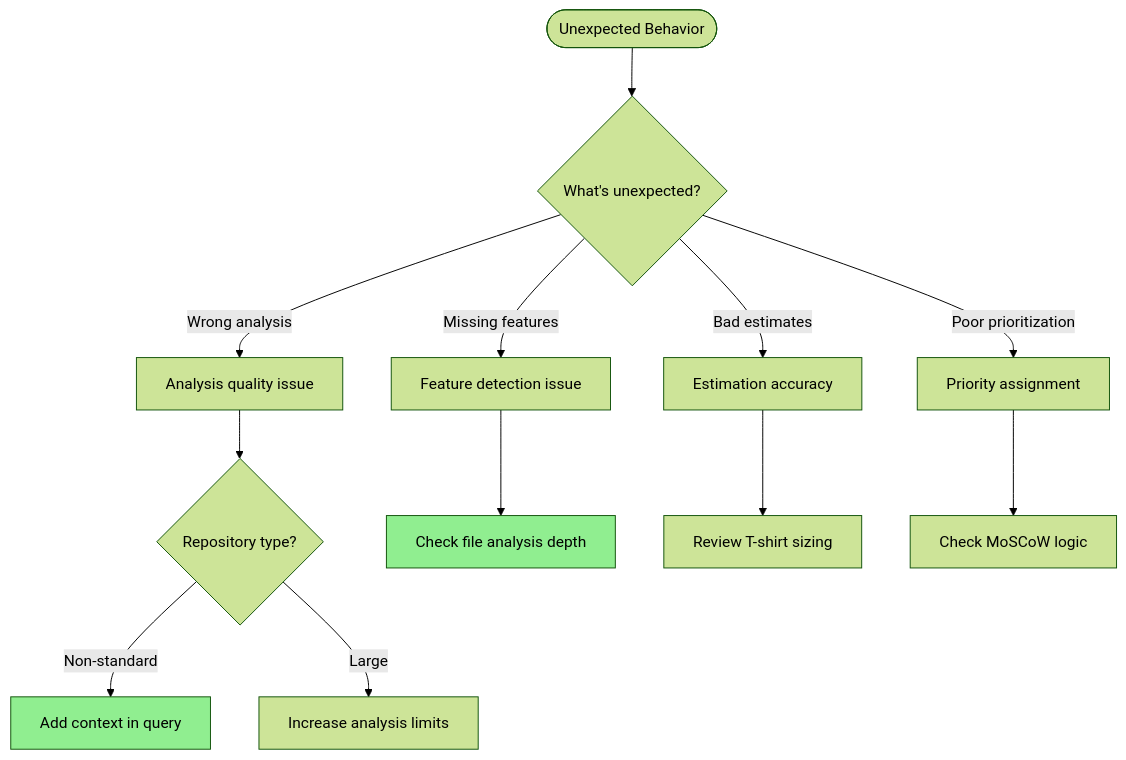
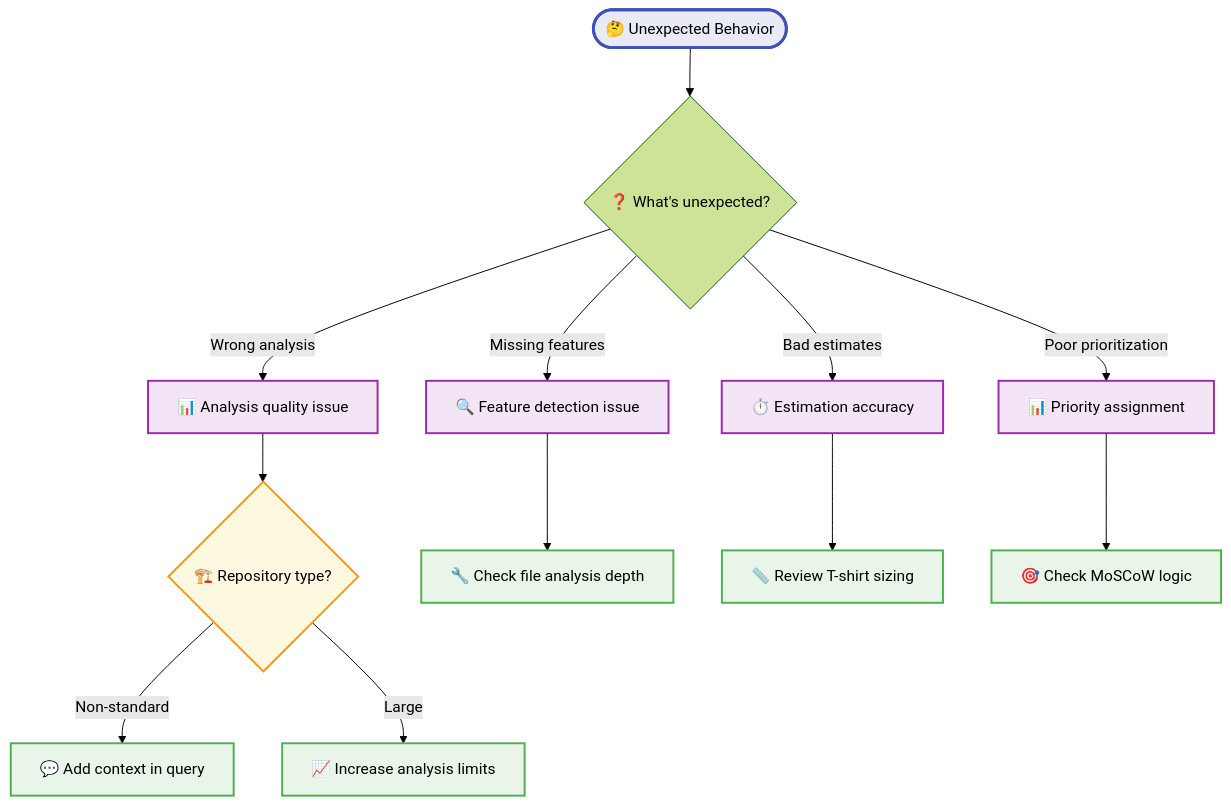
One commit to larp0/uwularpy changed the tenth of 10 diagrams in AT_L_PLAN_TROUBLESHOOTING_FLOWCHART.md. Above: the diagram before and after it, drawn with Mermaid (forest theme). The commit also changed other lines of this file and 1 other file, not shown here.

Commit message:
Improve mermaid diagrams with enhanced styling, icons, and visual hierarchy

````diff
--- a/AT_L_PLAN_TROUBLESHOOTING_FLOWCHART.md
+++ b/AT_L_PLAN_TROUBLESHOOTING_FLOWCHART.md
@@ -360,20 +454,29 @@
 ```mermaid
 flowchart TD
-    BehaviorFlow([Unexpected Behavior]) --> B1{What's unexpected?}
+    BehaviorFlow([🤔 Unexpected Behavior]) --> B1{❓ What's unexpected?}
     
-    B1 -->|Wrong analysis| B2[Analysis quality issue]
-    B1 -->|Missing features| B3[Feature detection issue]
-    B1 -->|Bad estimates| B4[Estimation accuracy]
-    B1 -->|Poor prioritization| B5[Priority assignment]
+    B1 -->|Wrong analysis| B2[📊 Analysis quality issue]
+    B1 -->|Missing features| B3[🔍 Feature detection issue]
+    B1 -->|Bad estimates| B4[⏱️ Estimation accuracy]
+    B1 -->|Poor prioritization| B5[📊 Priority assignment]
     
-    B2 --> B2Check{Repository type?}
-    B3 --> B3Fix[Check file analysis depth]
-    B4 --> B4Fix[Review T-shirt sizing]
-    B5 --> B5Fix[Check MoSCoW logic]
+    B2 --> B2Check{🏗️ Repository type?}
+    B3 --> B3Fix[🔧 Check file analysis depth]
+    B4 --> B4Fix[📏 Review T-shirt sizing]
+    B5 --> B5Fix[🎯 Check MoSCoW logic]
     
-    B2Check -->|Non-standard| B2Fix1[Add context in query]
-    B2Check -->|Large| B2Fix2[Increase analysis limits]
+    B2Check -->|Non-standard| B2Fix1[💬 Add context in query]
+    B2Check -->|Large| B2Fix2[📈 Increase analysis limits]
     
-    style B2Fix1 fill:#90EE90
-    style B3Fix fill:#90EE90
+    %% Professional color scheme for behavioral analysis
+    classDef startNode fill:#e8eaf6,stroke:#3f51b5,stroke-width:3px,color:#000
+    classDef behaviorNode fill:#f3e5f5,stroke:#9c27b0,stroke-width:2px,color:#000
+    classDef fixNode fill:#e8f5e8,stroke:#4caf50,stroke-width:2px,color:#000
+    classDef checkNode fill:#fff8e1,stroke:#ff9800,stroke-width:2px,color:#000
+    classDef improveNode fill:#e0f2f1,stroke:#009688,stroke-width:2px,color:#000
+    
+    class BehaviorFlow startNode
+    class B2,B3,B4,B5 behaviorNode
+    class B3Fix,B4Fix,B5Fix,B2Fix1,B2Fix2 fixNode
+    class B2Check checkNode
 ```
````
